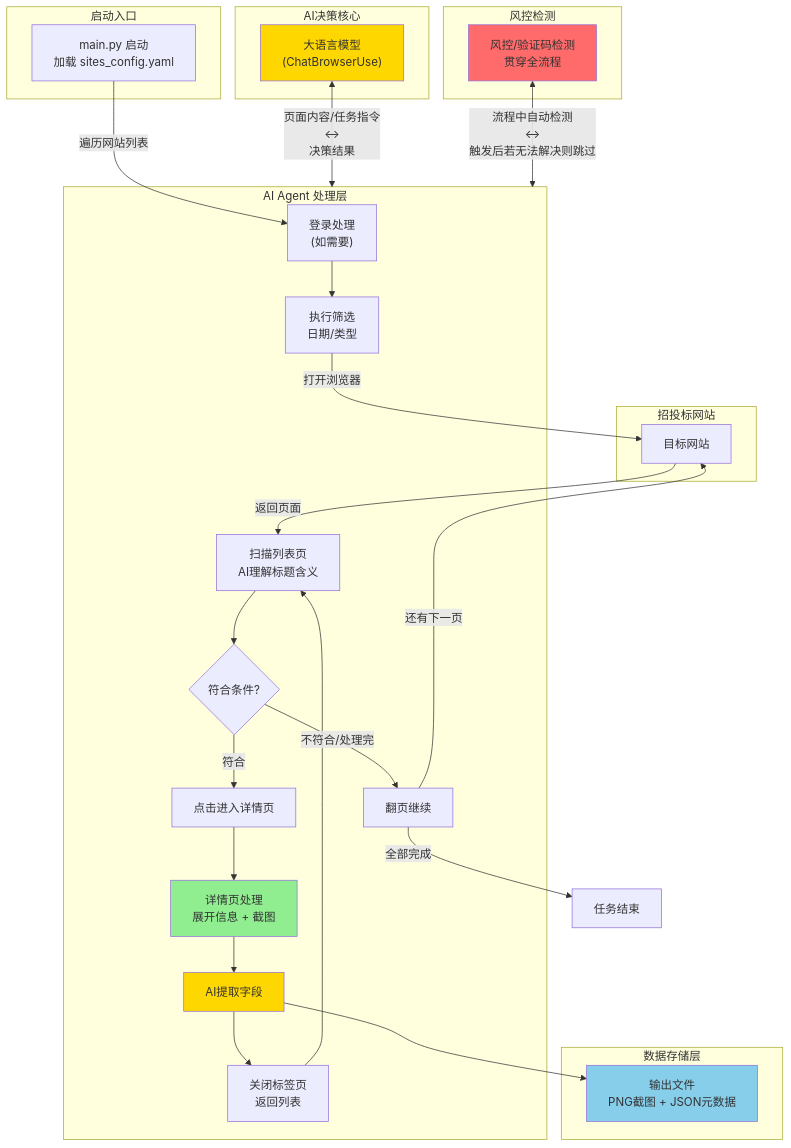
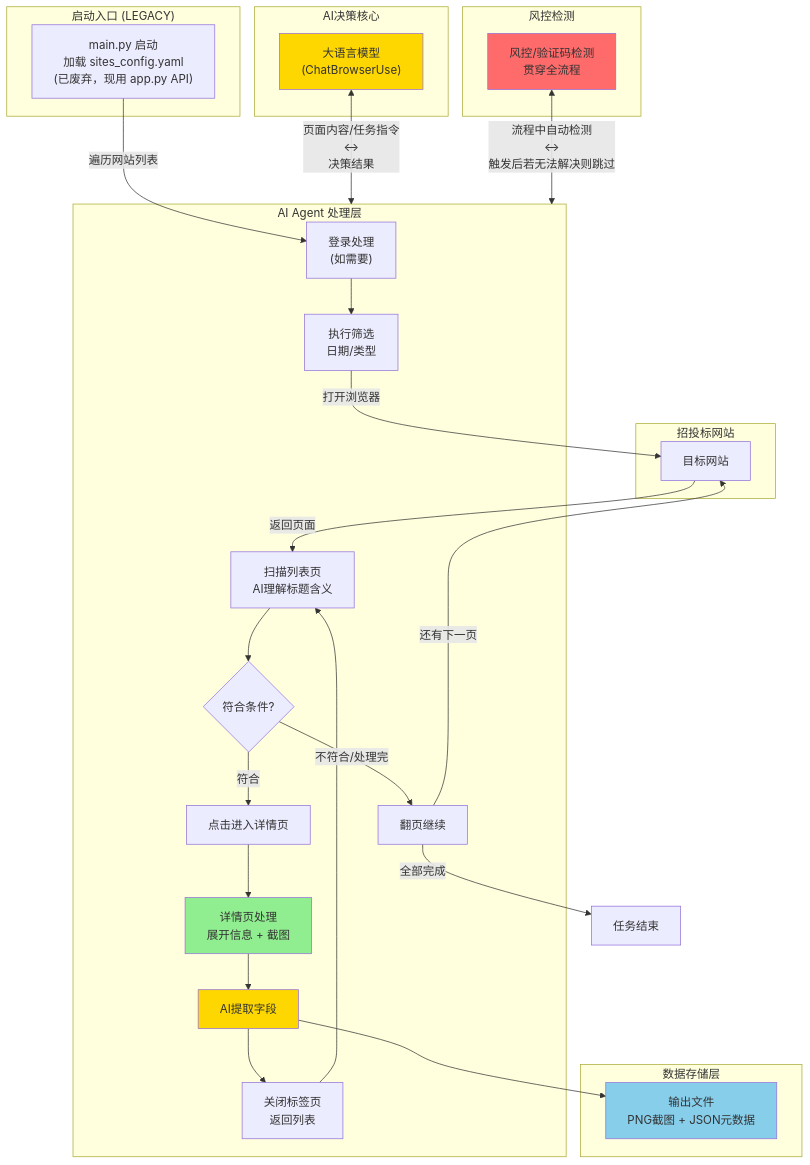
One commit to tlxx22/shangjijiance changed the diagram in docs/二期项目流程图.mmd. Above: the diagram before and after it, drawn with Mermaid. The commit also changed 10 other files, not shown here.

```diff
--- a/docs/二期项目流程图.mmd
+++ b/docs/二期项目流程图.mmd
@@ -1,67 +1,71 @@
+%% ============================================
+%% ⚠️ 历史文档：本图描述的是 CLI 批量处理架构
+%% 已被 SSE HTTP API 架构取代（app.py 入口）
+%% 保留仅供参考
 %% ============================================
 %% 二期项目完整数据流转图 (AI Agent架构)
 %% ============================================
 flowchart TB
-    subgraph 入口["启动入口"]
-        START["main.py 启动<br/>加载 sites_config.yaml"]
+    subgraph 入口["启动入口 (LEGACY)"]
+        START["main.py 启动<br/>加载 sites_config.yaml<br/>(已废弃，现用 app.py API)"]
     end
 
     subgraph 网站["招投标网站"]
         WEB["目标网站"]
     end
 
     subgraph LLM层["AI决策核心"]
         LLM["大语言模型<br/>(ChatBrowserUse)"]
     end
 
     subgraph 风控层["风控检测"]
         RISK["风控/验证码检测<br/>贯穿全流程"]
     end
 
     subgraph Agent["AI Agent 处理层"]
         LOGIN["登录处理<br/>(如需要)"]
         FILTER["执行筛选<br/>日期/类型"]
         SCAN["扫描列表页<br/>AI理解标题含义"]
         DECIDE{"符合条件?"}
         CLICK["点击进入详情页"]
         DETAIL["详情页处理<br/>展开信息 + 截图"]
         EXTRACT["AI提取字段"]
         BACK["关闭标签页<br/>返回列表"]
         NEXT["翻页继续"]
     end
 
     subgraph 存储["数据存储层"]
         OUTPUT["输出文件<br/>PNG截图 + JSON元数据"]
     end
 
     %% 主流程
     START -->|"遍历网站列表"| LOGIN
     LOGIN --> FILTER
     FILTER -->|"打开浏览器"| WEB
     WEB -->|"返回页面"| SCAN
 
     SCAN --> DECIDE
     DECIDE -->|"符合"| CLICK
     DECIDE -->|"不符合/处理完"| NEXT
 
     CLICK --> DETAIL
     DETAIL --> EXTRACT
     EXTRACT --> OUTPUT
     EXTRACT --> BACK
     BACK --> SCAN
 
     NEXT -->|"还有下一页"| WEB
     NEXT -->|"全部完成"| END["任务结束"]
 
     %% LLM双向连接Agent层
     LLM <-->|"页面内容/任务指令<br/>↔<br/>决策结果"| Agent
 
     %% 风控双向连接Agent层
     RISK <-->|"流程中自动检测<br/>↔<br/>触发后若无法解决则跳过"| Agent
 
     %% 样式
     style LLM fill:#FFD700
     style RISK fill:#FF6B6B
     style EXTRACT fill:#FFD700
     style DETAIL fill:#90EE90
     style OUTPUT fill:#87CEEB
```
